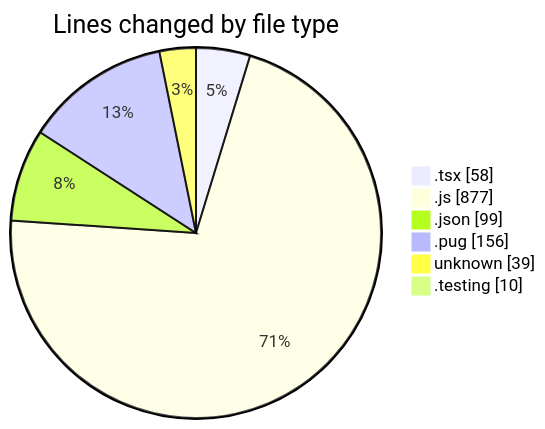
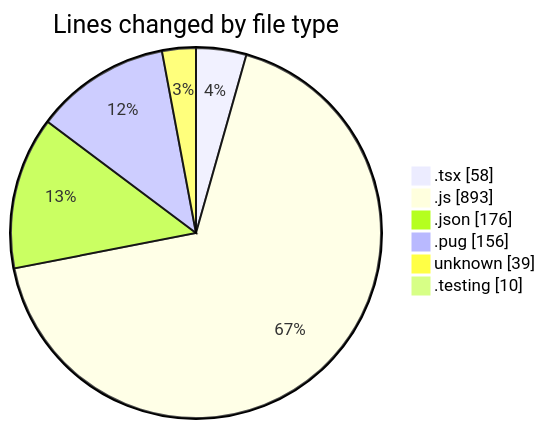
Before and after one commit to momahboobian/code-tracking: the first of 2 diagrams in 2025-03-07/cda/README.md, drawn with Mermaid. The commit also changed other lines of this file and 1 other file, not shown here.

````diff
--- a/2025-03-07/cda/README.md
+++ b/2025-03-07/cda/README.md
@@ -29,10 +30,10 @@
 ```mermaid
 pie showData
 title Lines changed by file type
 ".tsx" : 58
-".js" : 877
-".json" : 99
+".js" : 893
+".json" : 176
 ".pug" : 156
 "unknown" : 39
 ".testing" : 10
 ```
````
